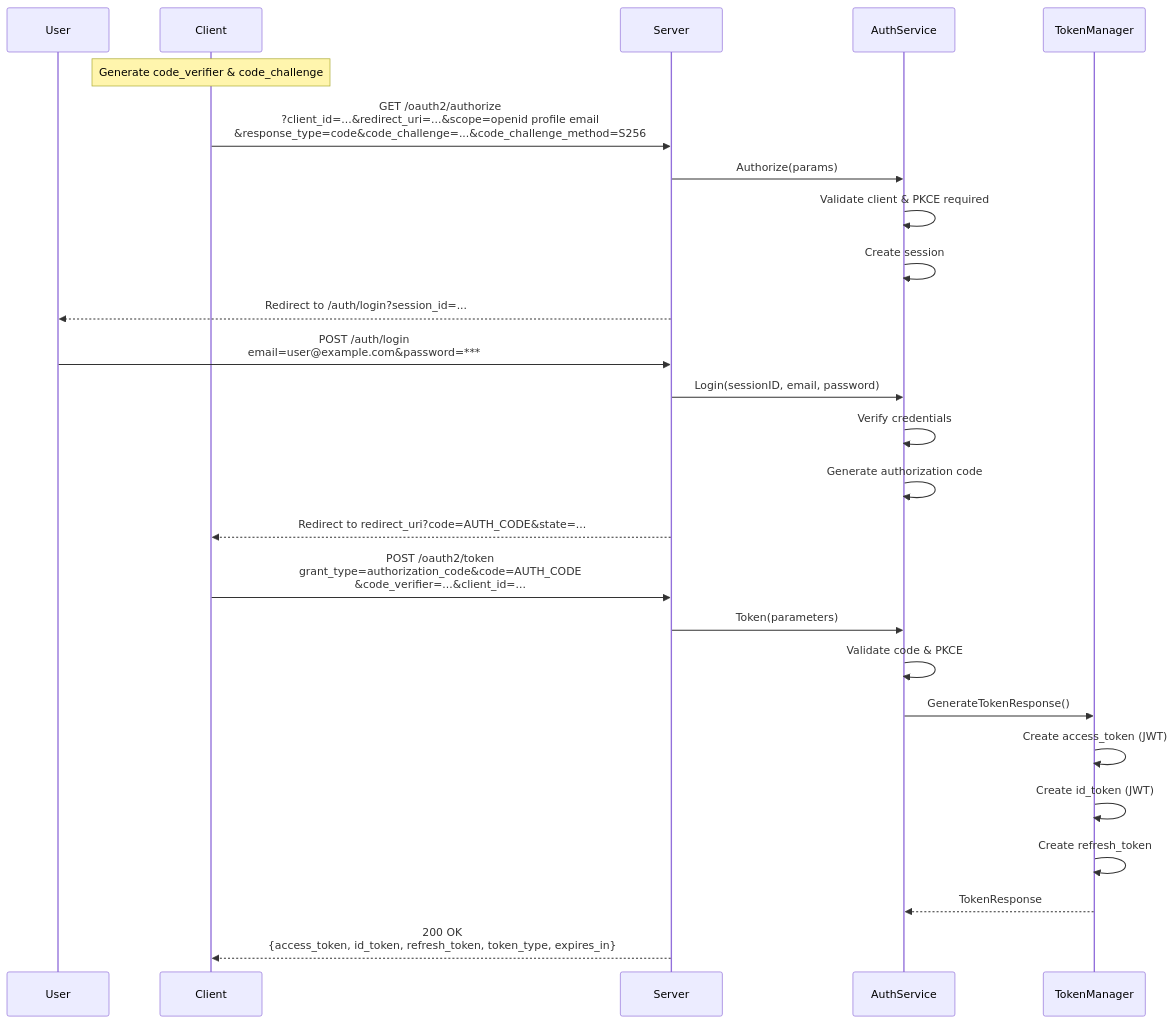
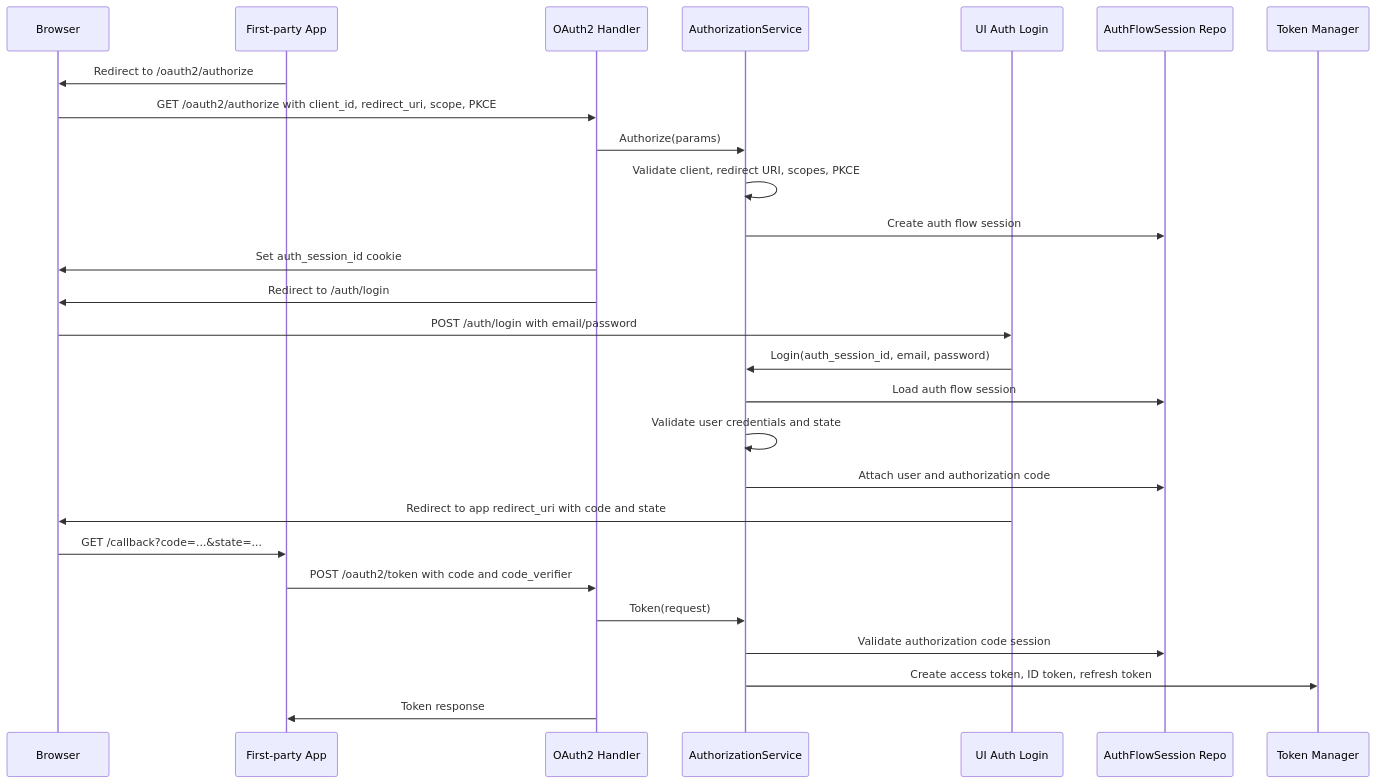
One commit to jrsteele09/go-oauth-service changed the second of 3 diagrams in README.md. Above: the diagram before and after it, drawn with Mermaid. The commit also changed other lines of this file and 113 other files, not shown here.

````diff
--- a/README.md
+++ b/README.md
@@ -78,32 +170,32 @@
 ```mermaid
 sequenceDiagram
-    participant User
-    participant Client
-    participant Server
-    participant AuthService
-    participant TokenManager
-    
-    Note over Client: Generate code_verifier & code_challenge
-    
-    Client->>Server: GET /oauth2/authorize<br/>?client_id=...&redirect_uri=...&scope=openid profile email<br/>&response_type=code&code_challenge=...&code_challenge_method=S256
-    Server->>AuthService: Authorize(params)
-    AuthService->>AuthService: Validate client & PKCE required
-    AuthService->>AuthService: Create session
-    Server-->>User: Redirect to /auth/login?session_id=...
-    
-    User->>Server: POST /auth/login<br/>email=user@example.com&password=***
-    Server->>AuthService: Login(sessionID, email, password)
-    AuthService->>AuthService: Verify credentials
-    AuthService->>AuthService: Generate authorization code
-    Server-->>Client: Redirect to redirect_uri?code=AUTH_CODE&state=...
-    
-    Client->>Server: POST /oauth2/token<br/>grant_type=authorization_code&code=AUTH_CODE<br/>&code_verifier=...&client_id=...
-    Server->>AuthService: Token(parameters)
-    AuthService->>AuthService: Validate code & PKCE
-    AuthService->>TokenManager: GenerateTokenResponse()
-    TokenManager->>TokenManager: Create access_token (JWT)
-    TokenManager->>TokenManager: Create id_token (JWT)
-    TokenManager->>TokenManager: Create refresh_token
-    TokenManager-->>AuthService: TokenResponse
-    Server-->>Client: 200 OK<br/>{access_token, id_token, refresh_token, token_type, expires_in}
+    participant Browser
+    participant App as First-party App
+    participant OAuth as OAuth2 Handler
+    participant Auth as AuthorizationService
+    participant UI as UI Auth Login
+    participant Sessions as AuthFlowSession Repo
+    participant Tokens as Token Manager
+
+    App->>Browser: Redirect to /oauth2/authorize
+    Browser->>OAuth: GET /oauth2/authorize with client_id, redirect_uri, scope, PKCE
+    OAuth->>Auth: Authorize(params)
+    Auth->>Auth: Validate client, redirect URI, scopes, PKCE
+    Auth->>Sessions: Create auth flow session
+    OAuth->>Browser: Set auth_session_id cookie
+    OAuth->>Browser: Redirect to /auth/login
+
+    Browser->>UI: POST /auth/login with email/password
+    UI->>Auth: Login(auth_session_id, email, password)
+    Auth->>Sessions: Load auth flow session
+    Auth->>Auth: Validate user credentials and state
+    Auth->>Sessions: Attach user and authorization code
+    UI->>Browser: Redirect to app redirect_uri with code and state
+
+    Browser->>App: GET /callback?code=...&state=...
+    App->>OAuth: POST /oauth2/token with code and code_verifier
+    OAuth->>Auth: Token(request)
+    Auth->>Sessions: Validate authorization code session
+    Auth->>Tokens: Create access token, ID token, refresh token
+    OAuth->>App: Token response
 ```
````
